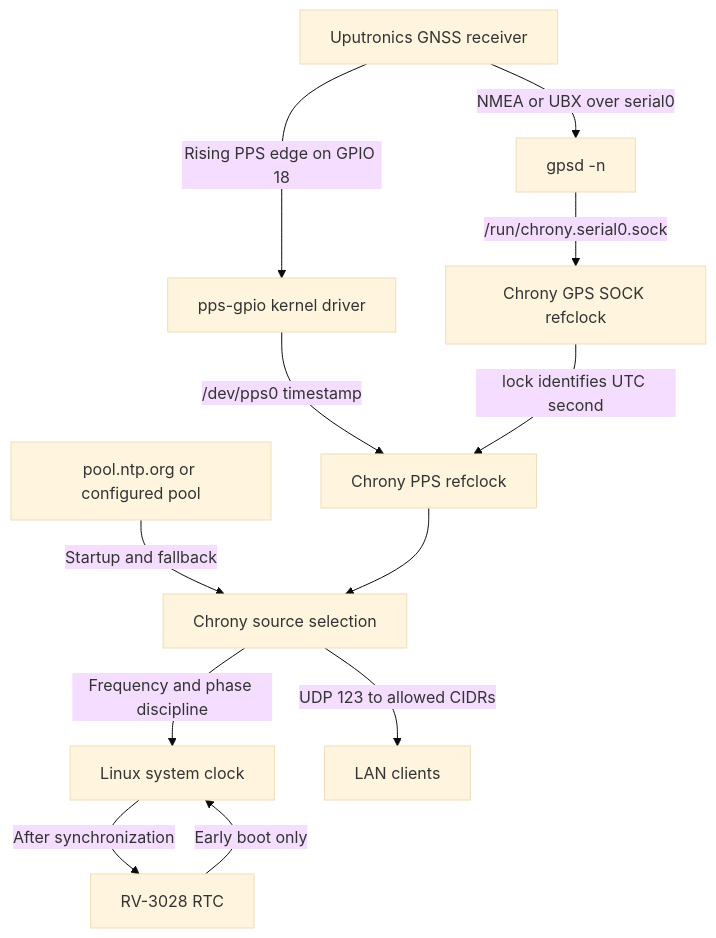
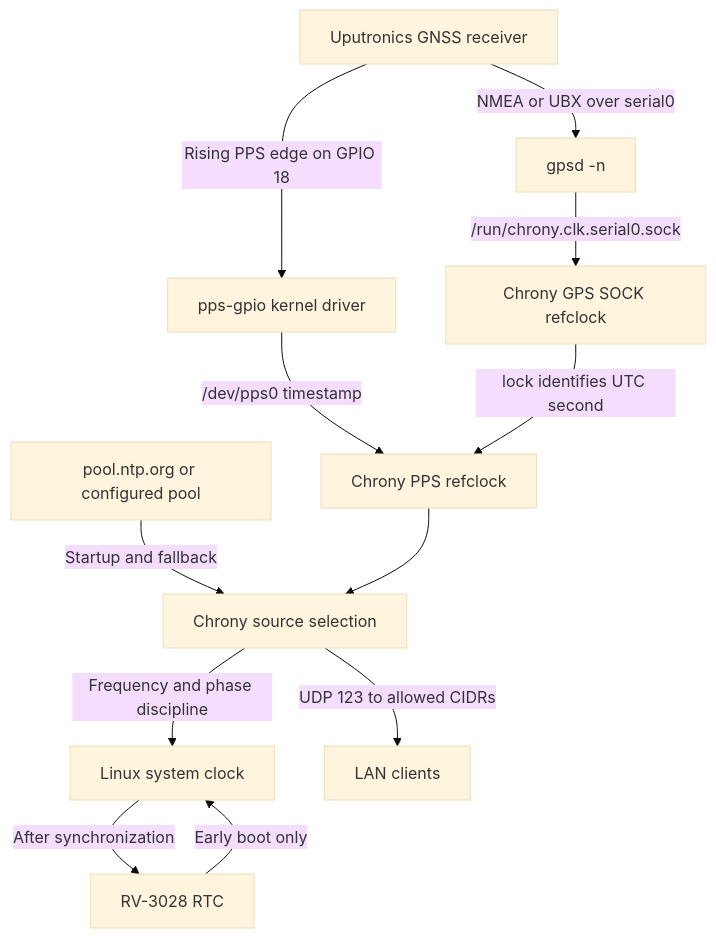
Before and after one commit to Bazsy/PPSPi: the first of 2 diagrams in docs/architecture.md, drawn with Mermaid (base theme). The commit also changed 9 other files, not shown here.

Commit message:
Fix GPSD Chrony and status integration

````diff
--- a/docs/architecture.md
+++ b/docs/architecture.md
@@ -5,14 +5,14 @@
 ```mermaid
 graph TD
     Receiver["Uputronics GNSS receiver"] -->|NMEA or UBX over serial0| GPSD["gpsd -n"]
     Receiver -->|Rising PPS edge on GPIO 18| GPIO["pps-gpio kernel driver"]
     GPIO -->|/dev/pps0 timestamp| PPS["Chrony PPS refclock"]
-    GPSD -->|/run/chrony.serial0.sock| GPS["Chrony GPS SOCK refclock"]
+        GPSD -->|/run/chrony.clk.serial0.sock| GPS["Chrony GPS SOCK refclock"]
     GPS -->|lock identifies UTC second| PPS
     Pool["pool.ntp.org or configured pool"] -->|Startup and fallback| Chrony["Chrony source selection"]
     PPS --> Chrony
     RTC["RV-3028 RTC"] -->|Early boot only| Clock["Linux system clock"]
     Chrony -->|Frequency and phase discipline| Clock
     Clock -->|After synchronization| RTC
     Chrony -->|UDP 123 to allowed CIDRs| LAN["LAN clients"]
 ```
````
